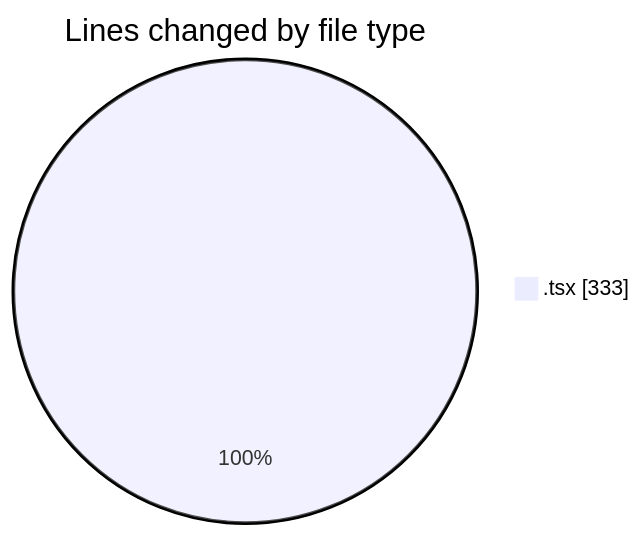
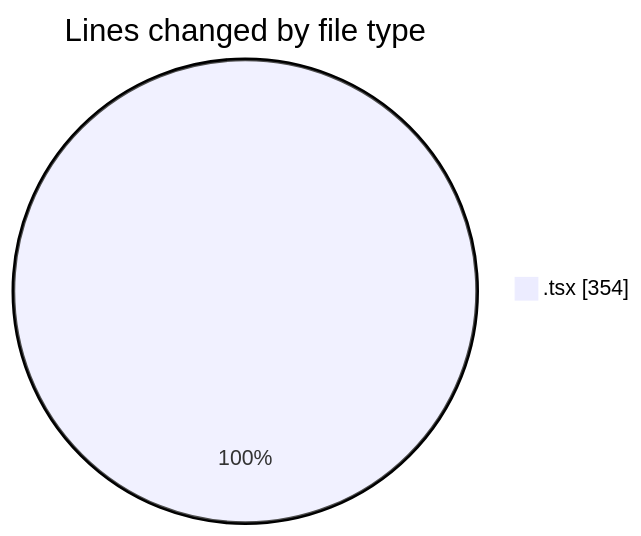
The first of 2 diagrams in 2025-02-12/cda/README.md (momahboobian/code-tracking), drawn with Mermaid before and after one commit. The commit also changed other lines of this file and 1 other file, not shown here.

````diff
--- a/2025-02-12/cda/README.md
+++ b/2025-02-12/cda/README.md
@@ -21,5 +21,5 @@
 ```mermaid
 pie showData
 title Lines changed by file type
-".tsx" : 333
+".tsx" : 354
 ```
````
